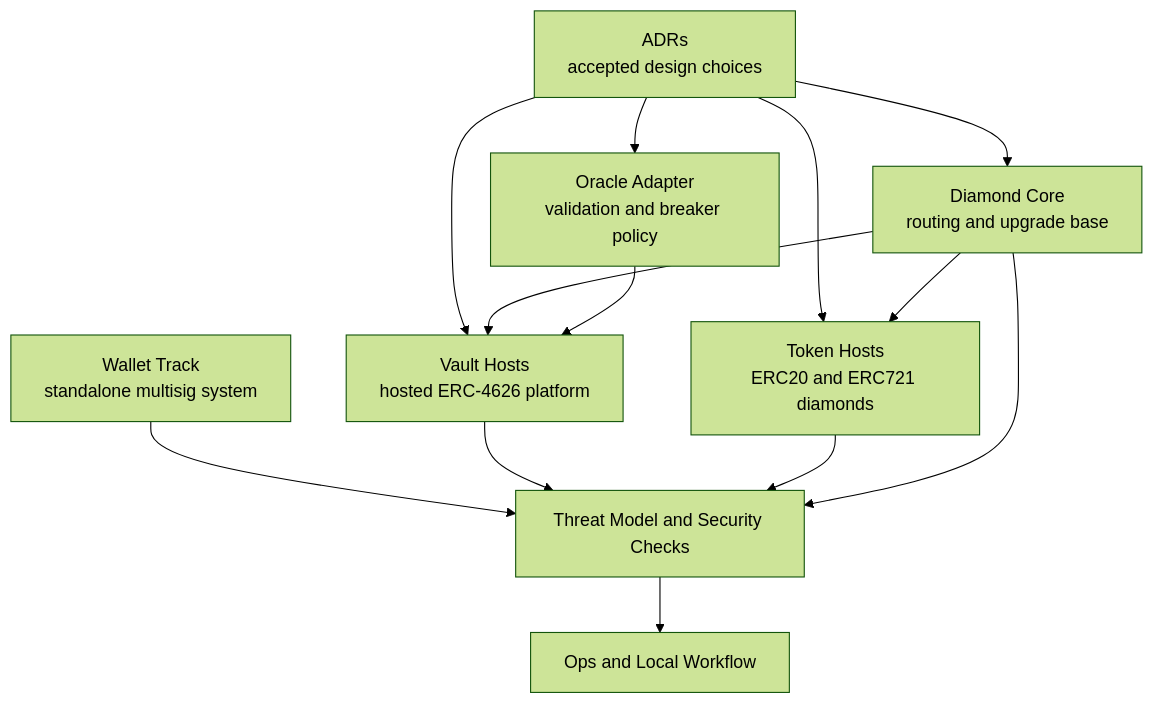
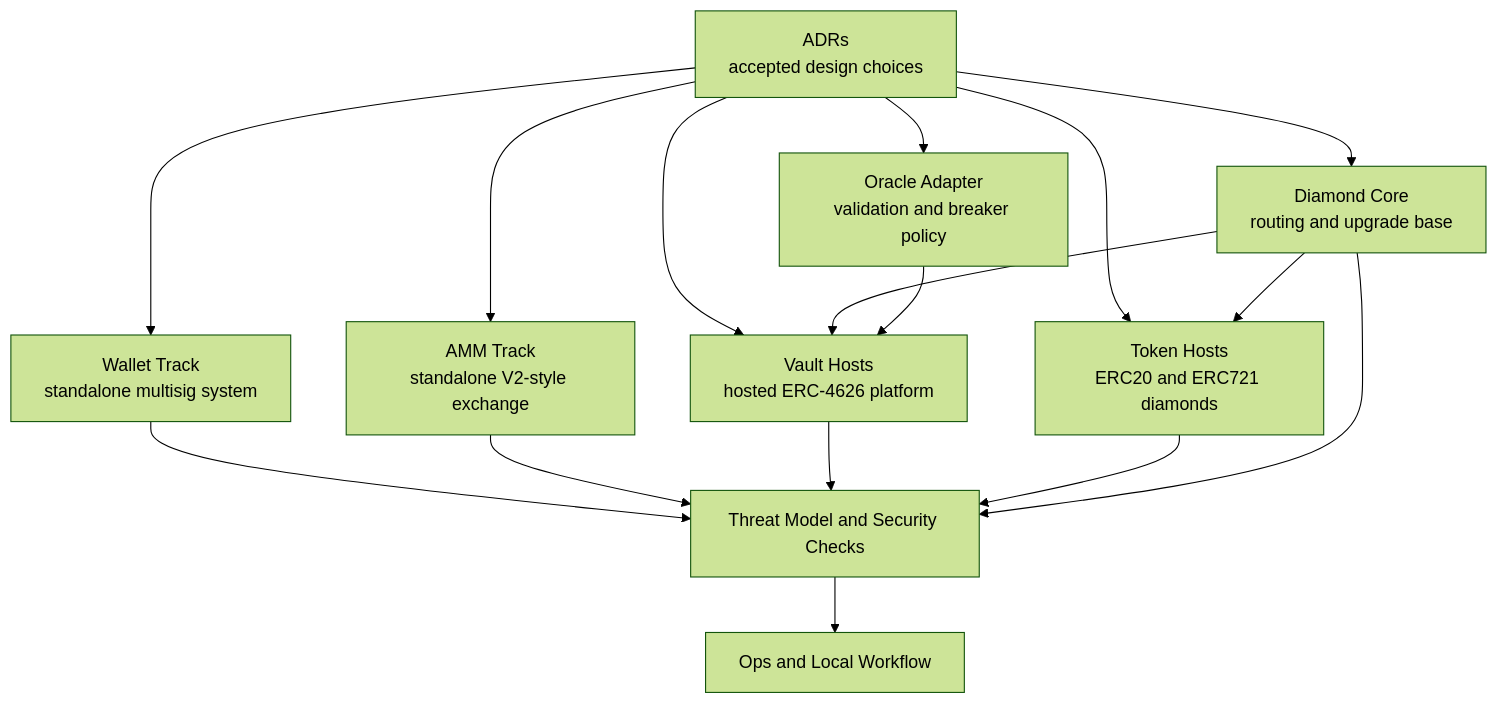
The diagram in docs/README.md (amshirif/Auralis), drawn with Mermaid (forest theme) before and after one commit. The commit also changed other lines of this file and 5 other files, not shown here.

````diff
--- a/docs/README.md
+++ b/docs/README.md
@@ -17,24 +18,28 @@
 ```mermaid
 flowchart TD
     ADR["ADRs<br/>accepted design choices"]
     Core["Diamond Core<br/>routing and upgrade base"]
     Token["Token Hosts<br/>ERC20 and ERC721 diamonds"]
     Vault["Vault Hosts<br/>hosted ERC-4626 platform"]
+    AMM["AMM Track<br/>standalone V2-style exchange"]
     Wallet["Wallet Track<br/>standalone multisig system"]
     Oracle["Oracle Adapter<br/>validation and breaker policy"]
     Security["Threat Model and Security Checks"]
     Ops["Ops and Local Workflow"]
 
     ADR --> Core
     ADR --> Token
     ADR --> Vault
+    ADR --> AMM
+    ADR --> Wallet
     Wallet --> Security
     ADR --> Oracle
     Core --> Token
     Core --> Vault
     Oracle --> Vault
+    AMM --> Security
     Vault --> Security
     Token --> Security
     Core --> Security
     Security --> Ops
 ```
````
